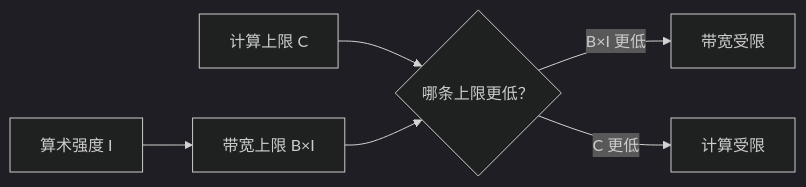
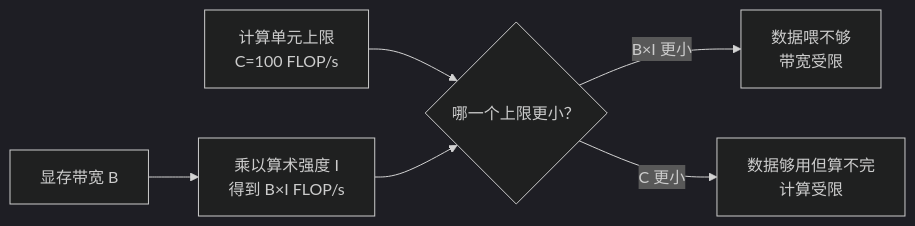
The diagram in courses/02-inference/d20-compute-memory-bound/README.md (NealChristmas/LLM), drawn with Mermaid (dark theme) before and after one commit. The commit also changed other lines of this file and 19 other files, not shown here.

````diff
--- a/courses/02-inference/d20-compute-memory-bound/README.md
+++ b/courses/02-inference/d20-compute-memory-bound/README.md
@@ -23,8 +45,8 @@
 ```mermaid
 flowchart LR
-    I["算术强度 I"] --> M["带宽上限 B×I"]
-    C["计算上限 C"] --> R{"哪条上限更低？"}
+    C["计算单元上限<br/>C=100 FLOP/s"] --> R{"哪一个上限更小？"}
+    B["显存带宽 B"] --> M["乘以算术强度 I<br/>得到 B×I FLOP/s"]
     M --> R
-    R -->|"B×I 更低"| MB["带宽受限"]
-    R -->|"C 更低"| CB["计算受限"]
+    R -->|"B×I 更小"| MB["数据喂不够<br/>带宽受限"]
+    R -->|"C 更小"| CB["数据够用但算不完<br/>计算受限"]
 ```
````
